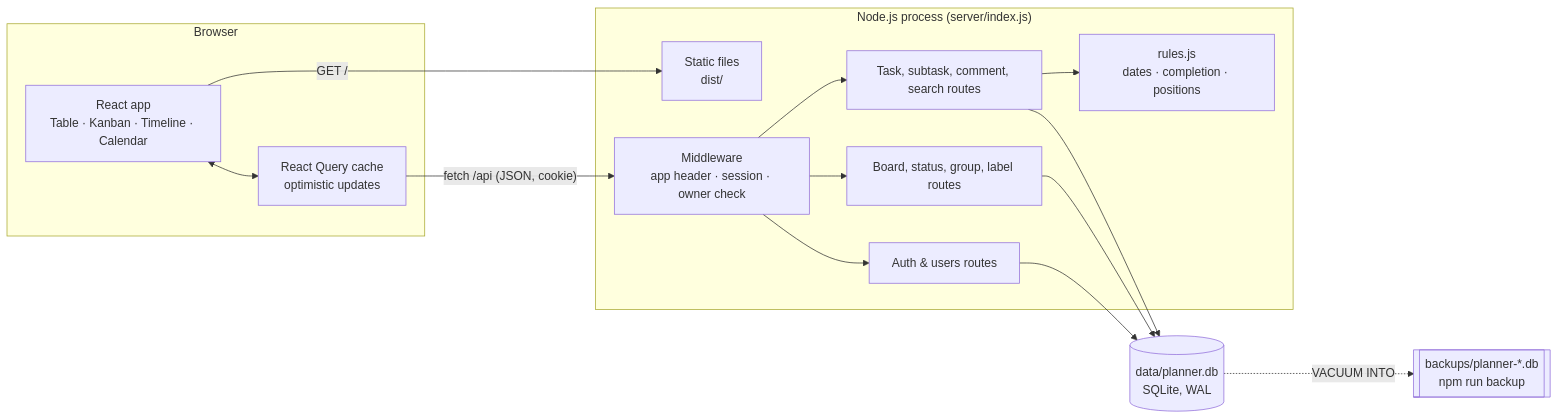
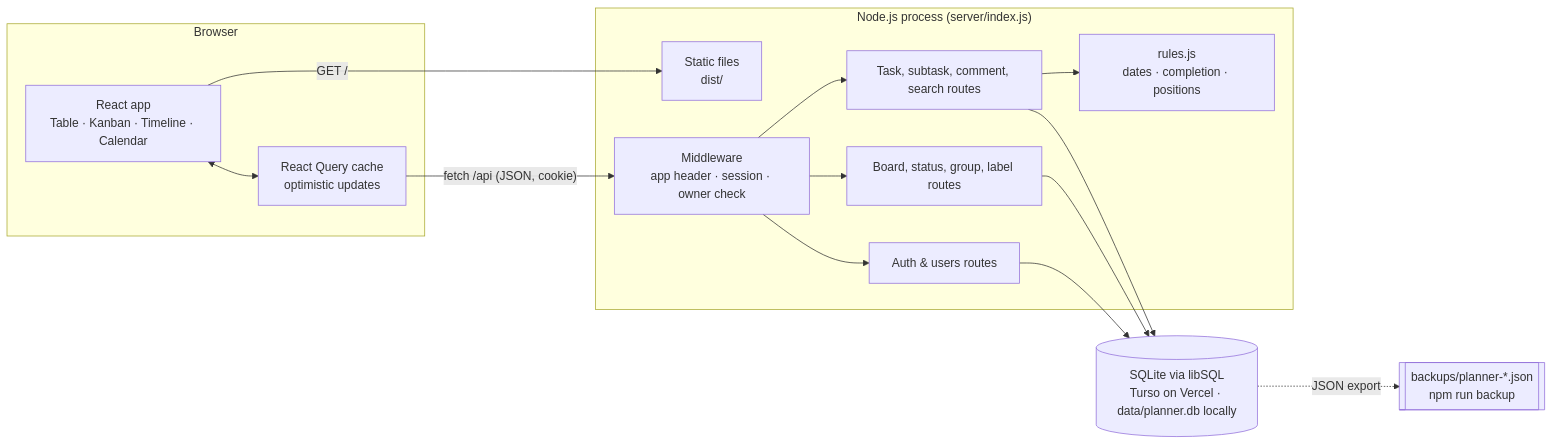
The diagram in docs/architecture.md (TannerFrank03/innov-8), drawn with Mermaid before and after one commit. The commit also changed other lines of this file and 20 other files, not shown here.

First line of the commit message:
Deploy to Vercel with a Turso database

````diff
--- a/docs/architecture.md
+++ b/docs/architecture.md
@@ -5,24 +8,24 @@
 ```mermaid
 flowchart LR
   subgraph Browser
     UI[React app<br/>Table · Kanban · Timeline · Calendar]
     RQ[React Query cache<br/>optimistic updates]
     UI <--> RQ
   end
   subgraph "Node.js process (server/index.js)"
     ST[Static files<br/>dist/]
     MW[Middleware<br/>app header · session · owner check]
     R1[Auth & users routes]
     R2[Board, status, group, label routes]
     R3[Task, subtask, comment, search routes]
     RULES[rules.js<br/>dates · completion · positions]
     MW --> R1 & R2 & R3
     R3 --> RULES
   end
-  DB[(data/planner.db<br/>SQLite, WAL)]
-  BK[[backups/planner-*.db<br/>npm run backup]]
+  DB[(SQLite via libSQL<br/>Turso on Vercel · data/planner.db locally)]
+  BK[[backups/planner-*.json<br/>npm run backup]]
   RQ -- "fetch /api (JSON, cookie)" --> MW
   UI -- "GET /" --> ST
   R1 & R2 & R3 --> DB
-  DB -. "VACUUM INTO" .-> BK
+  DB -. "JSON export" .-> BK
 ```
````
